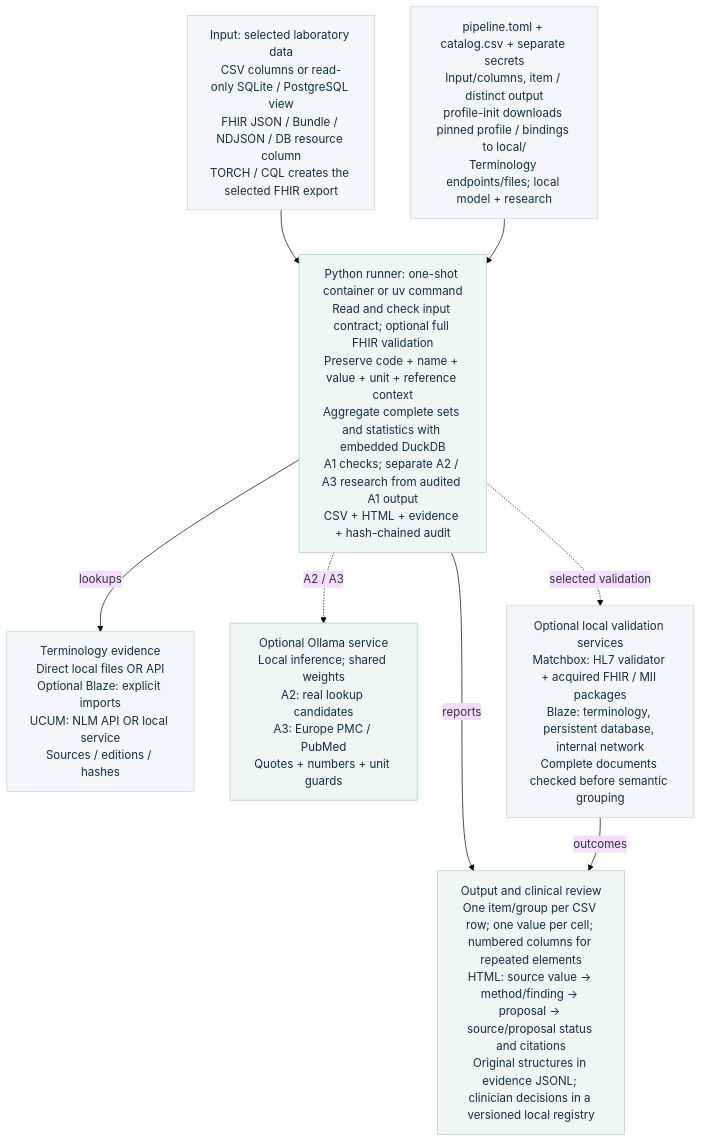
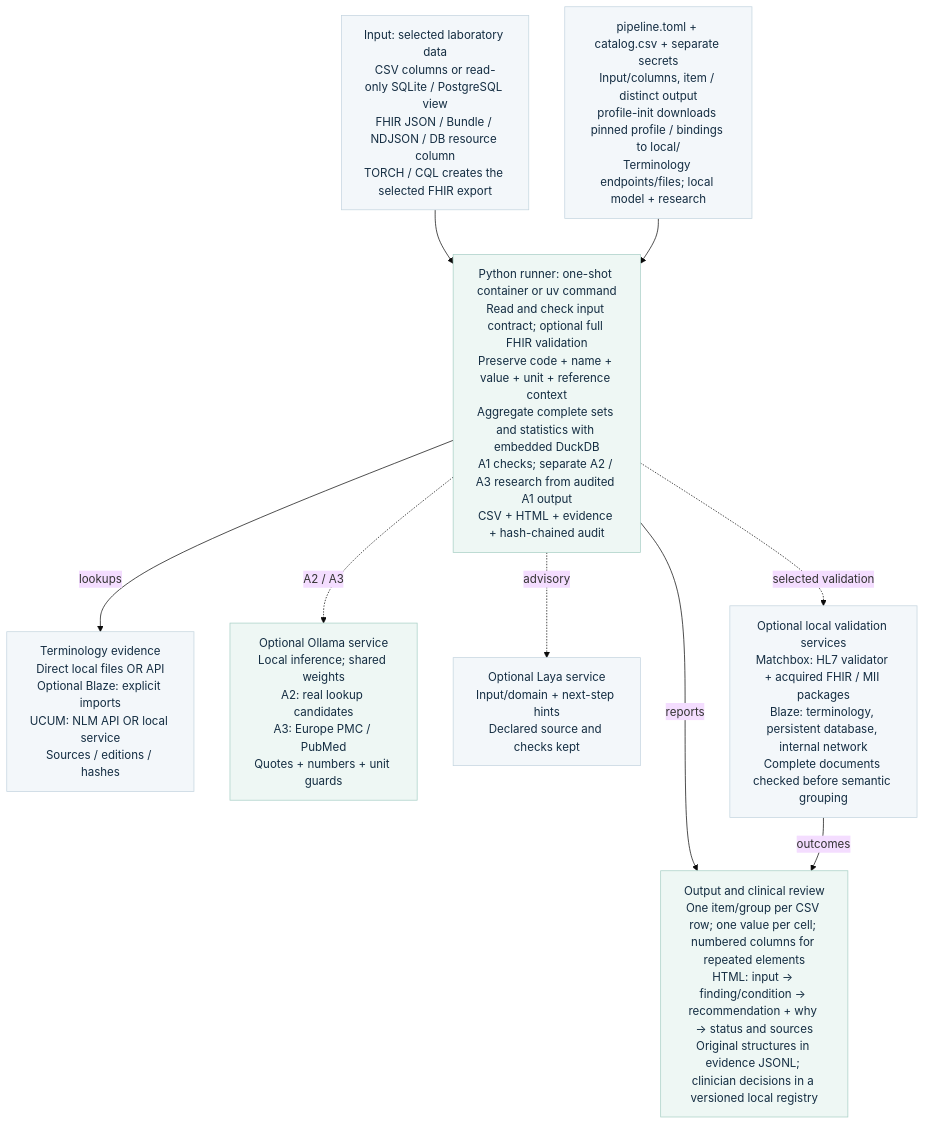
One commit to neumdan/semantic-plausibility changed the diagram in docs/architecture.mmd. Above: the diagram before and after it, drawn with Mermaid (base theme). The commit also changed 56 other files, not shown here.

```diff
--- a/docs/architecture.mmd
+++ b/docs/architecture.mmd
@@ -1,21 +1,23 @@
 %% Same node/edge contract as architecture.svg.
 flowchart TD
     INPUT["Input: selected laboratory data<br/>CSV columns or read-only SQLite / PostgreSQL view<br/>FHIR JSON / Bundle / NDJSON / DB resource column<br/>TORCH / CQL creates the selected FHIR export"]
     CONFIG["pipeline.toml + catalog.csv + separate secrets<br/>Input/columns, item / distinct output<br/>profile-init downloads pinned profile / bindings to local/<br/>Terminology endpoints/files; local model + research"]
     RUN["Python runner: one-shot container or uv command<br/>Read and check input contract; optional full FHIR validation<br/>Preserve code + name + value + unit + reference context<br/>Aggregate complete sets and statistics with embedded DuckDB<br/>A1 checks; separate A2 / A3 research from audited A1 output<br/>CSV + HTML + evidence + hash-chained audit"]
     TX["Terminology evidence<br/>Direct local files OR API<br/>Optional Blaze: explicit imports<br/>UCUM: NLM API OR local service<br/>Sources / editions / hashes"]
     AI["Optional Ollama service<br/>Local inference; shared weights<br/>A2: real lookup candidates<br/>A3: Europe PMC / PubMed<br/>Quotes + numbers + unit guards"]
+    LAYA["Optional Laya service<br/>Input/domain + next-step hints<br/>Declared source and checks kept"]
     VALIDATE["Optional local validation services<br/>Matchbox: HL7 validator + acquired FHIR / MII packages<br/>Blaze: terminology, persistent database, internal network<br/>Complete documents checked before semantic grouping"]
-    OUT["Output and clinical review<br/>One item/group per CSV row; one value per cell; numbered columns for repeated elements<br/>HTML: source value → method/finding → proposal → source/proposal status and citations<br/>Original structures in evidence JSONL; clinician decisions in a versioned local registry"]
+    OUT["Output and clinical review<br/>One item/group per CSV row; one value per cell; numbered columns for repeated elements<br/>HTML: input → finding/condition → recommendation + why → status and sources<br/>Original structures in evidence JSONL; clinician decisions in a versioned local registry"]
     INPUT --> RUN
     CONFIG --> RUN
     RUN --> |"lookups"| TX
     RUN -.-> |"A2 / A3"| AI
+    RUN -.-> |"advisory"| LAYA
     RUN -.-> |"selected validation"| VALIDATE
     RUN --> |"reports"| OUT
     VALIDATE --> |"outcomes"| OUT
     classDef normal fill:#f3f7fa,stroke:#c4d5df,color:#142d42
-    class INPUT,CONFIG,TX,VALIDATE normal
+    class INPUT,CONFIG,TX,LAYA,VALIDATE normal
     classDef teal fill:#eef7f4,stroke:#a8cfc6,color:#142d42
     class RUN,AI,OUT teal
     classDef error fill:#fcf1f3,stroke:#ecc7cf,color:#142d42
```
